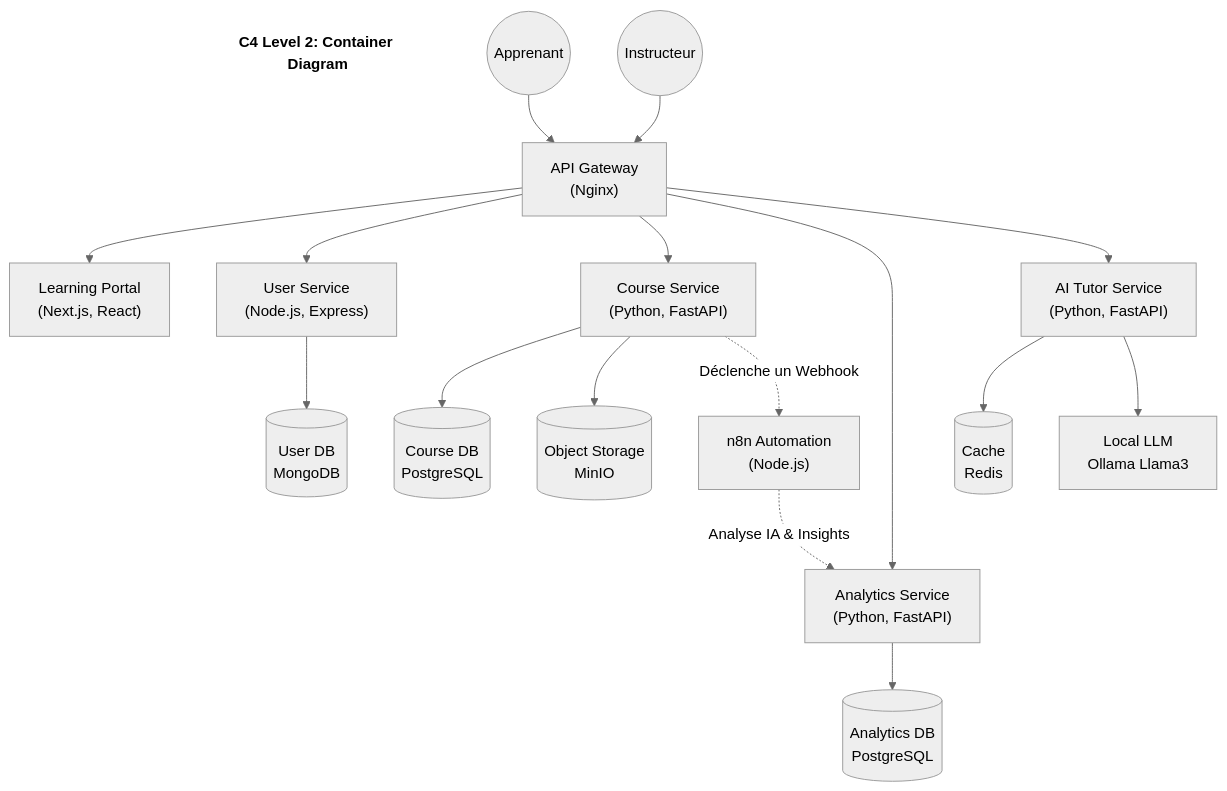
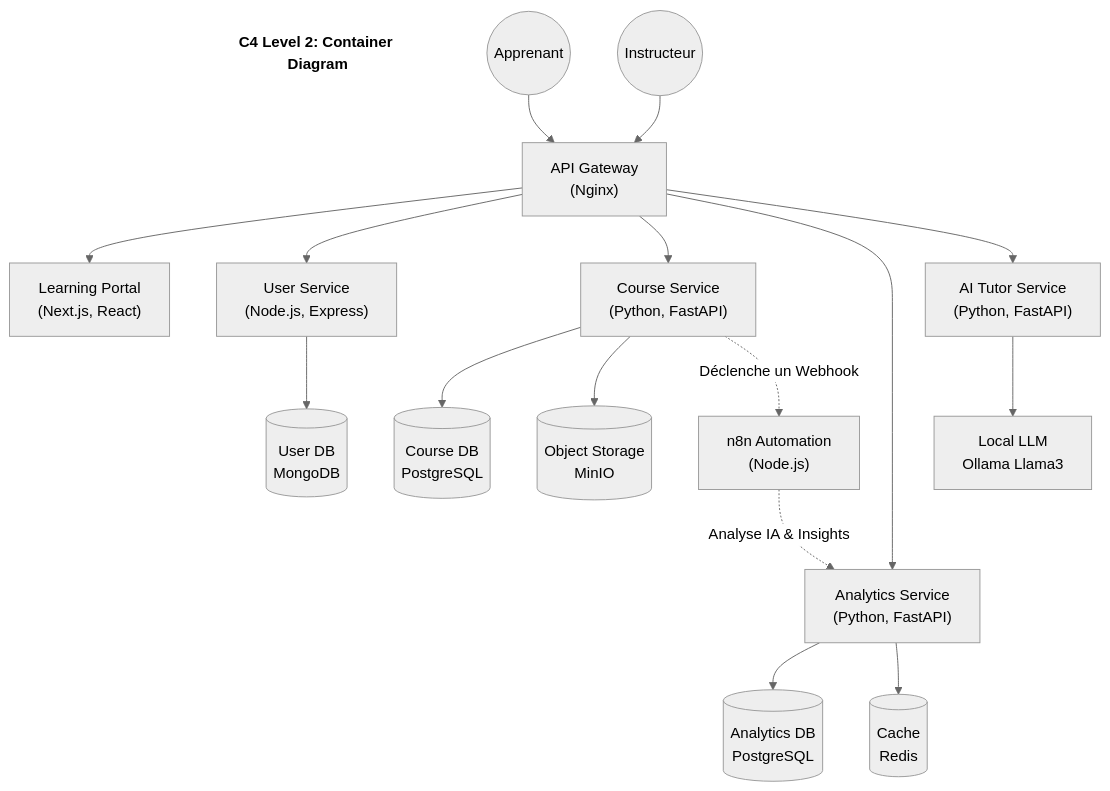
The second of 7 diagrams in architecture.md (Sen-Se1/elearning-microservice-platform), drawn with Mermaid (neutral theme) before and after one commit. The commit also changed other lines of this file, not shown here.

Commit message:
docs: add C4 and UML architecture documentation for the microservice platform

````diff
--- a/architecture.md
+++ b/architecture.md
@@ -29,43 +29,43 @@
 ```mermaid
 flowchart TD
     title[C4 Level 2: Container Diagram]
     style title fill:none,stroke:none,font-weight:bold,font-size:16px
 
     Student((Apprenant))
     Instructor((Instructeur))
 
     Gateway["API Gateway<br/>(Nginx)"]
     Frontend["Learning Portal<br/>(Next.js, React)"]
     
     UserSvc["User Service<br/>(Node.js, Express)"]
     CourseSvc["Course Service<br/>(Python, FastAPI)"]
     AnalyticsSvc["Analytics Service<br/>(Python, FastAPI)"]
     AITutorSvc["AI Tutor Service<br/>(Python, FastAPI)"]
     n8n["n8n Automation<br/>(Node.js)"]
     
     DB_User[("User DB<br/>MongoDB")]
     DB_Course[("Course DB<br/>PostgreSQL")]
     DB_Analytics[("Analytics DB<br/>PostgreSQL")]
-    Cache_AI[("Cache<br/>Redis")]
+    Cache_Redis[("Cache<br/>Redis")]
     Storage[("Object Storage<br/>MinIO")]
     Ollama["Local LLM<br/>Ollama Llama3"]
 
     Student --> Gateway
     Instructor --> Gateway
     
     Gateway --> Frontend
     Gateway --> UserSvc
     Gateway --> CourseSvc
     Gateway --> AnalyticsSvc
     Gateway --> AITutorSvc
     
     UserSvc --> DB_User
     CourseSvc --> DB_Course
     CourseSvc --> Storage
     AnalyticsSvc --> DB_Analytics
-    AITutorSvc --> Cache_AI
+    AnalyticsSvc --> Cache_Redis
     AITutorSvc --> Ollama
     
     CourseSvc -.->|Déclenche un Webhook| n8n
     n8n -.->|Analyse IA & Insights| AnalyticsSvc
 ```
````
